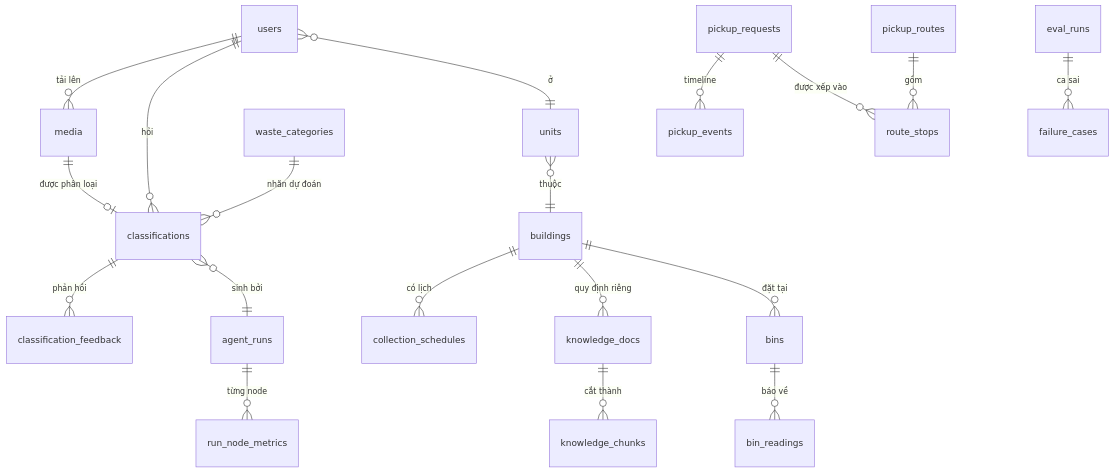
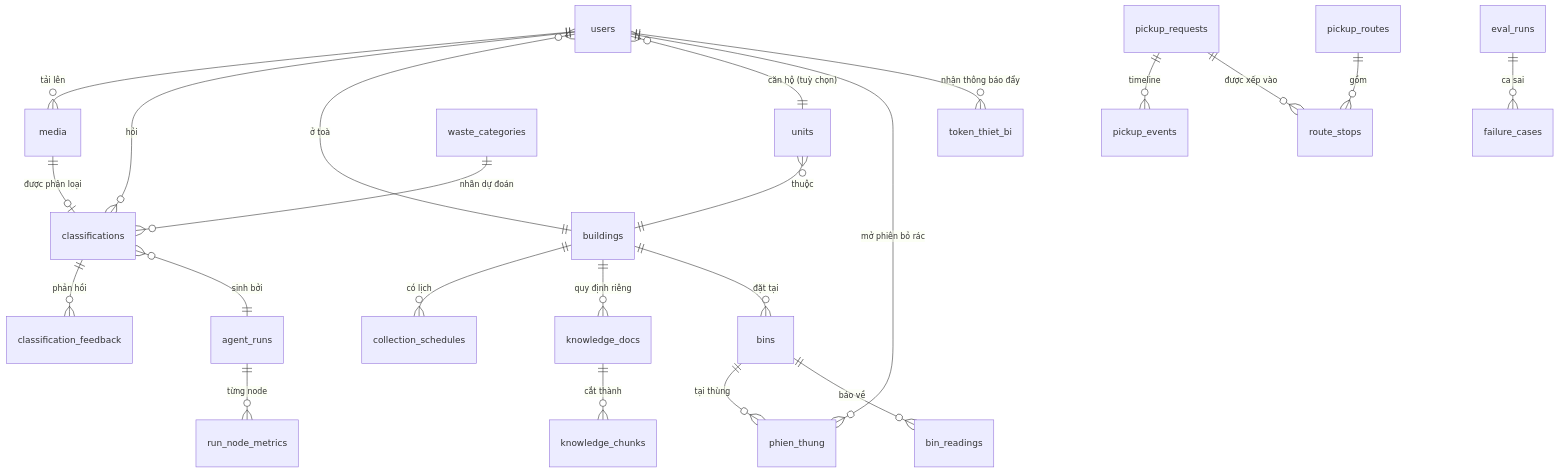
Before and after one commit to imninh/GBAI_v1: diagram 15 of 19 in ARCHITECTURE.md, drawn with Mermaid. The commit also changed other lines of this file and 35 other files, not shown here.

````diff
--- a/ARCHITECTURE.md
+++ b/ARCHITECTURE.md
@@ -719,27 +836,31 @@
 ```mermaid
 erDiagram
     users ||--o{ media : "tải lên"
     users ||--o{ classifications : "hỏi"
-    users }o--|| units : "ở"
+    users }o--|| buildings : "ở toà"
+    users }o--|| units : "căn hộ (tuỳ chọn)"
     units }o--|| buildings : "thuộc"
+    users ||--o{ phien_thung : "mở phiên bỏ rác"
+    bins ||--o{ phien_thung : "tại thùng"
+    users ||--o{ token_thiet_bi : "nhận thông báo đẩy"
     buildings ||--o{ collection_schedules : "có lịch"
     buildings ||--o{ knowledge_docs : "quy định riêng"
     buildings ||--o{ bins : "đặt tại"
 
     media ||--o| classifications : "được phân loại"
     waste_categories ||--o{ classifications : "nhãn dự đoán"
     classifications ||--o{ classification_feedback : "phản hồi"
     classifications }o--|| agent_runs : "sinh bởi"
 
     knowledge_docs ||--o{ knowledge_chunks : "cắt thành"
 
     pickup_requests ||--o{ pickup_events : "timeline"
     pickup_requests ||--o{ route_stops : "được xếp vào"
     pickup_routes ||--o{ route_stops : "gồm"
 
     agent_runs ||--o{ run_node_metrics : "từng node"
 
     bins ||--o{ bin_readings : "báo về"
 
     eval_runs ||--o{ failure_cases : "ca sai"
 ```
````
